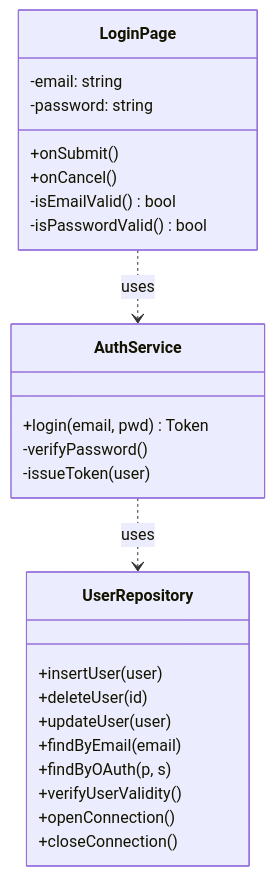
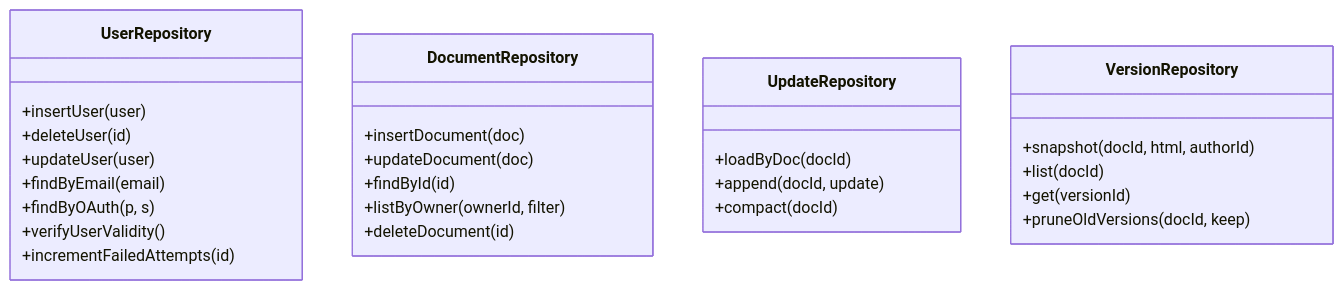
Diagram 17 of 22 in docs/软件设计说明书.md (big-muffin408/note-taking_system), drawn with Mermaid before and after one commit. The commit also changed other lines of this file and 64 other files, not shown here.

````diff
--- a/docs/软件设计说明书.md
+++ b/docs/软件设计说明书.md
@@ -747,28 +739,30 @@
 ```mermaid
 classDiagram
-    class LoginPage {
-        -email: string
-        -password: string
-        +onSubmit()
-        +onCancel()
-        -isEmailValid() bool
-        -isPasswordValid() bool
-    }
-    class AuthService {
-        +login(email, pwd) Token
-        -verifyPassword()
-        -issueToken(user)
-    }
     class UserRepository {
         +insertUser(user)
         +deleteUser(id)
         +updateUser(user)
         +findByEmail(email)
         +findByOAuth(p, s)
         +verifyUserValidity()
-        +openConnection()
-        +closeConnection()
+        +incrementFailedAttempts(id)
     }
-    LoginPage ..> AuthService : uses
-    AuthService ..> UserRepository : uses
+    class DocumentRepository {
+        +insertDocument(doc)
+        +updateDocument(doc)
+        +findById(id)
+        +listByOwner(ownerId, filter)
+        +deleteDocument(id)
+    }
+    class UpdateRepository {
+        +loadByDoc(docId)
+        +append(docId, update)
+        +compact(docId)
+    }
+    class VersionRepository {
+        +snapshot(docId, html, authorId)
+        +list(docId)
+        +get(versionId)
+        +pruneOldVersions(docId, keep)
+    }
 ```
````
